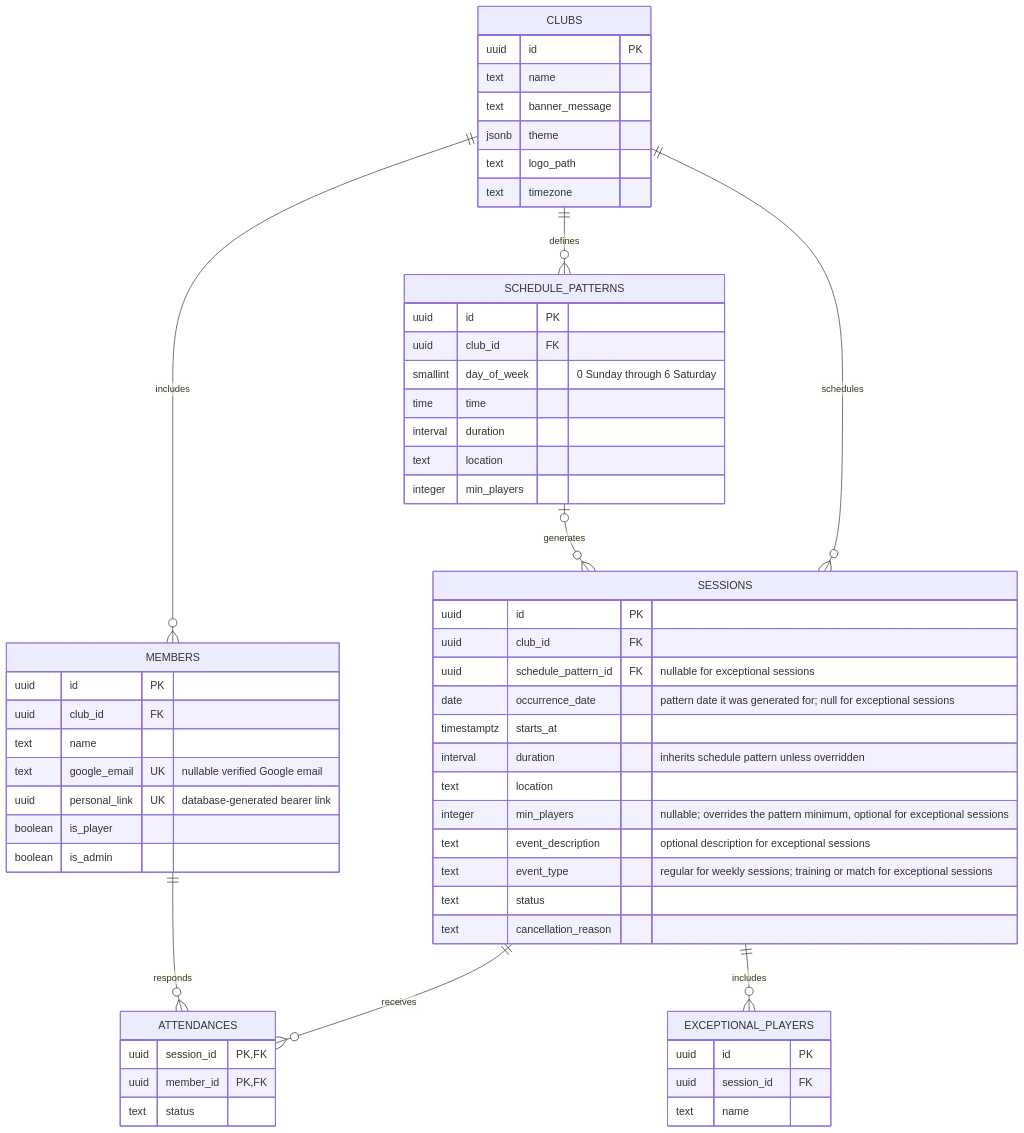
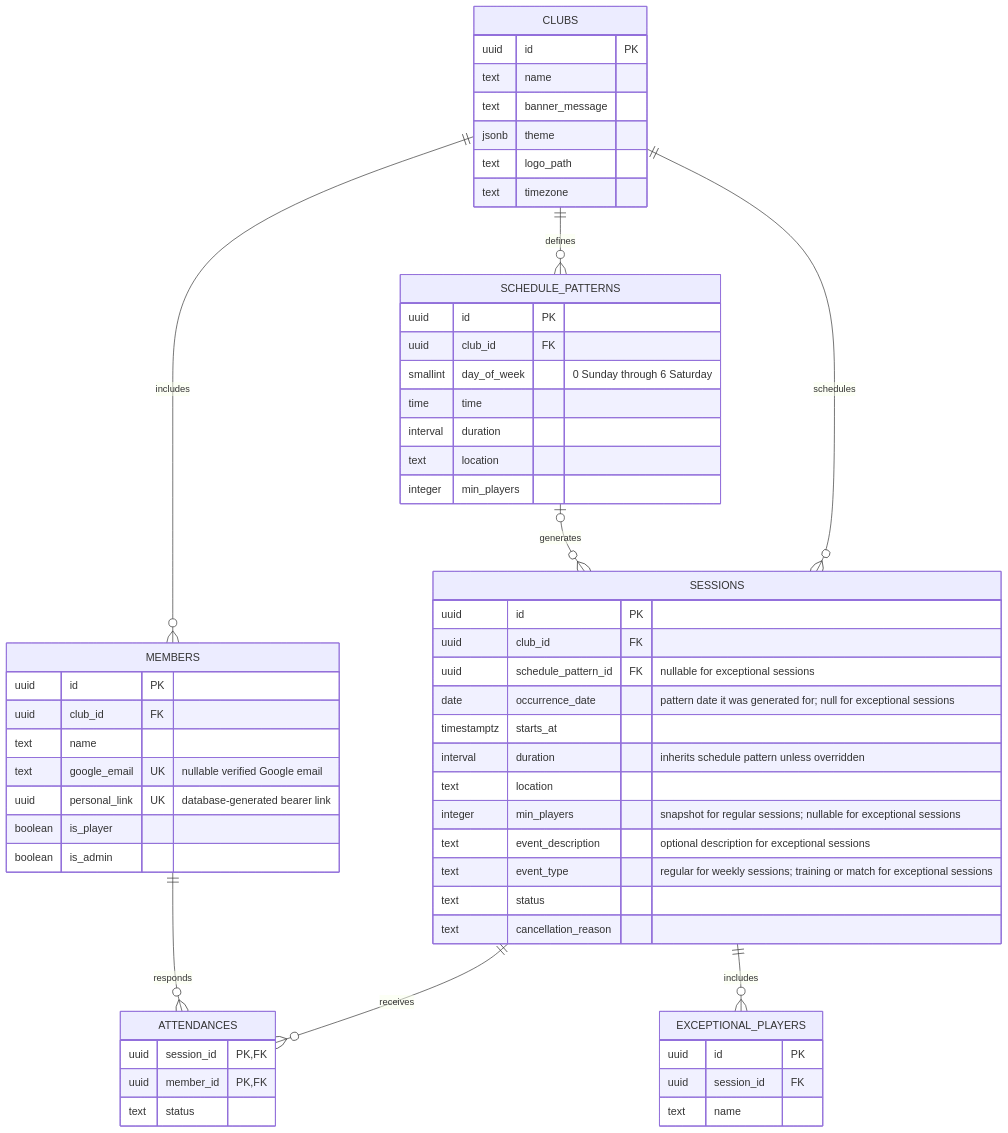
One commit to mikebarais/playcount changed the diagram in documentation/PlayCount_Functional_Requirements_Final.md. Above: the diagram before and after it, drawn with Mermaid. The commit also changed other lines of this file and 5 other files, not shown here.

Commit message:
Snapshot session minimums and allow exceptional deletion

````diff
--- a/documentation/PlayCount_Functional_Requirements_Final.md
+++ b/documentation/PlayCount_Functional_Requirements_Final.md
@@ -189,66 +189,66 @@
 ```mermaid
 erDiagram
 	CLUBS {
 		uuid id PK
 		text name
 		text banner_message
 		jsonb theme
 		text logo_path
 		text timezone
 	}
 
 	MEMBERS {
 		uuid id PK
 		uuid club_id FK
 		text name
 		text google_email UK "nullable verified Google email"
 		uuid personal_link UK "database-generated bearer link"
 		boolean is_player
 		boolean is_admin
 	}
 
 	SCHEDULE_PATTERNS {
 		uuid id PK
 		uuid club_id FK
 		smallint day_of_week "0 Sunday through 6 Saturday"
 		time time
 		interval duration
 		text location
 		integer min_players
 	}
 
 	SESSIONS {
 		uuid id PK
 		uuid club_id FK
 		uuid schedule_pattern_id FK "nullable for exceptional sessions"
 		date occurrence_date "pattern date it was generated for; null for exceptional sessions"
 		timestamptz starts_at
 		interval duration "inherits schedule pattern unless overridden"
 		text location
-		integer min_players "nullable; overrides the pattern minimum, optional for exceptional sessions"
+		integer min_players "snapshot for regular sessions; nullable for exceptional sessions"
 		text event_description "optional description for exceptional sessions"
 		text event_type "regular for weekly sessions; training or match for exceptional sessions"
 		text status
 		text cancellation_reason
 	}
 
 	ATTENDANCES {
 		uuid session_id PK, FK
 		uuid member_id PK, FK
 		text status
 	}
 
 	EXCEPTIONAL_PLAYERS {
 		uuid id PK
 		uuid session_id FK
 		text name
 	}
 
 	CLUBS ||--o{ MEMBERS : includes
 	CLUBS ||--o{ SCHEDULE_PATTERNS : defines
 	SCHEDULE_PATTERNS o|--o{ SESSIONS : generates
 	CLUBS ||--o{ SESSIONS : schedules
 	SESSIONS ||--o{ ATTENDANCES : receives
 	MEMBERS ||--o{ ATTENDANCES : responds
 	SESSIONS ||--o{ EXCEPTIONAL_PLAYERS : includes
 ```
````
